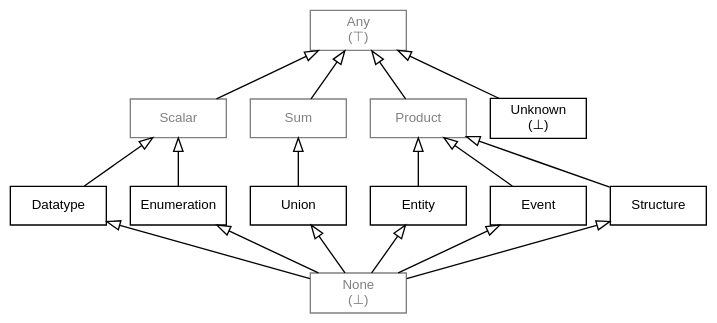
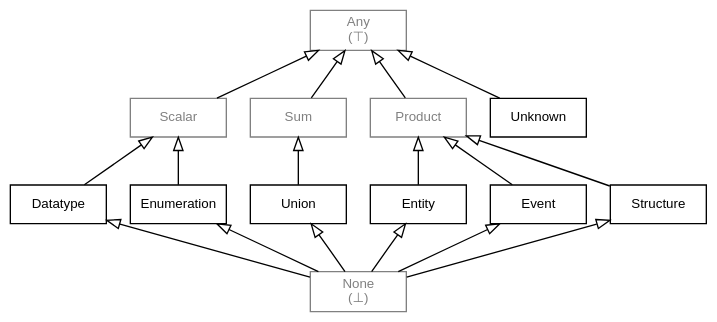
Before and after one commit to sdm-lang/sdml-io: the diagram in docs/surface-syntax.org, drawn with Graphviz. The commit also changed other lines of this file and 35 other files, not shown here.

```diff
--- a/docs/surface-syntax.org
+++ b/docs/surface-syntax.org
@@ -341,33 +342,33 @@
 #+BEGIN_SRC dot :file sdml-type-model.svg :exports results
 strict digraph {
    bgcolor="transparent";
    rankdir=BT;
    fontname="Helvetica,Arial,sans-serif";
    node [shape="rect"; fontname="Helvetica,Arial,sans-serif"; fontsize=10; width=1.0; height=0.4];
    edge [arrowhead=onormal; fontname="Helvetica,Arial,sans-serif"; fontsize=9; fontcolor="darkgrey"];
    
    Type [color="grey"; fontcolor="grey"; label="Any\n(⊤)"];
    Scalar -> Type;
    Scalar [color="grey"; fontcolor="grey"];
    Datatype -> Scalar;
    Sum [color="grey"; fontcolor="grey"];
    Sum -> Type;
    Enumeration -> Scalar;
    Union -> Sum;
    Product [color="grey"; fontcolor="grey"];
    Product -> Type;
    Entity -> Product;
    Event -> Product;
    Structure -> Product;
-   Unknown [label="Unknown\n(⊥)"];
+   Unknown [label="Unknown"];
    Unknown -> Type;
         
    None [color="grey"; fontcolor="grey"; label="None\n(⊥)"];
    None -> Datatype;
    None -> Enumeration;
    None -> Union;
    None -> Entity;
    None -> Event;
    None -> Structure;
 }
 #+END_SRC
```
